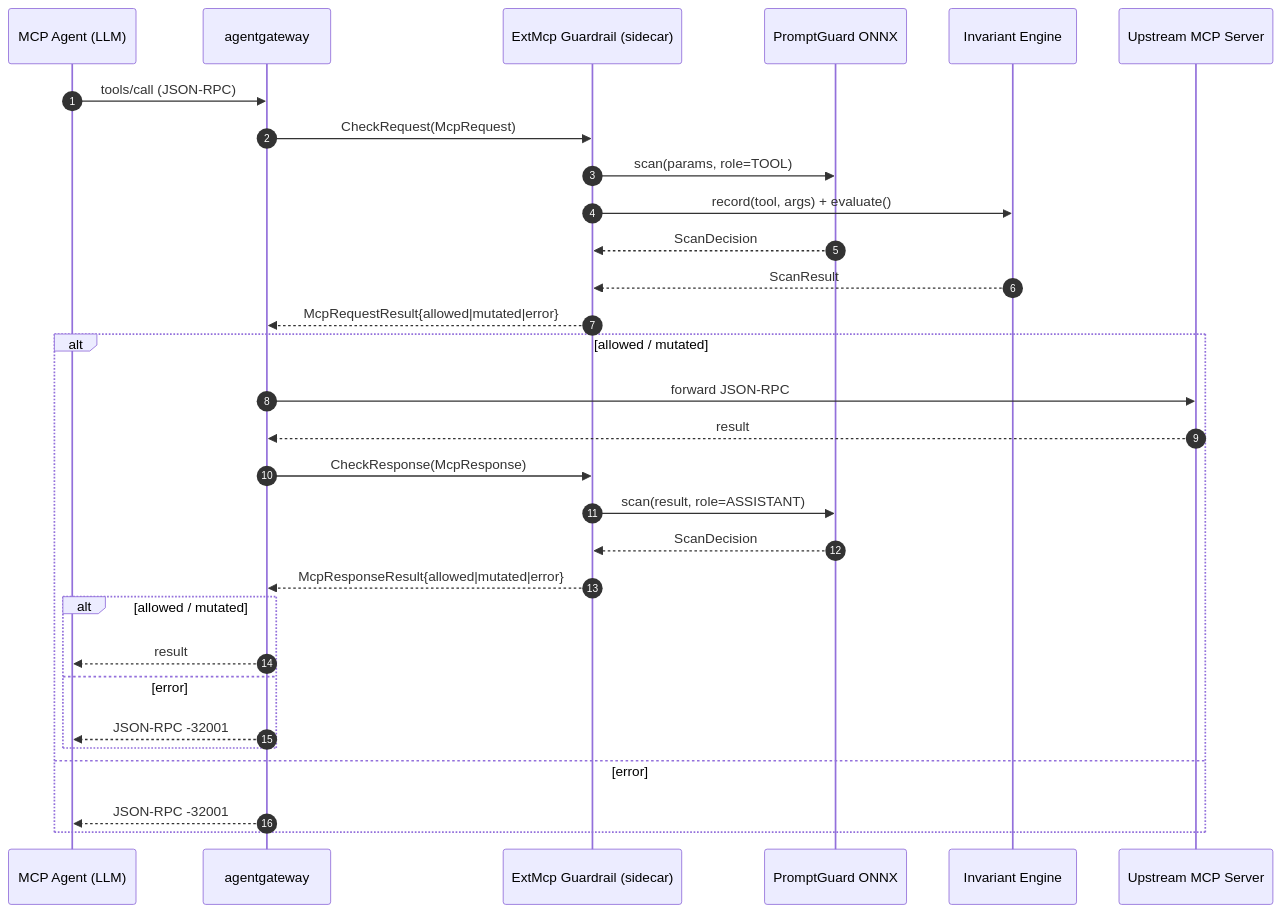
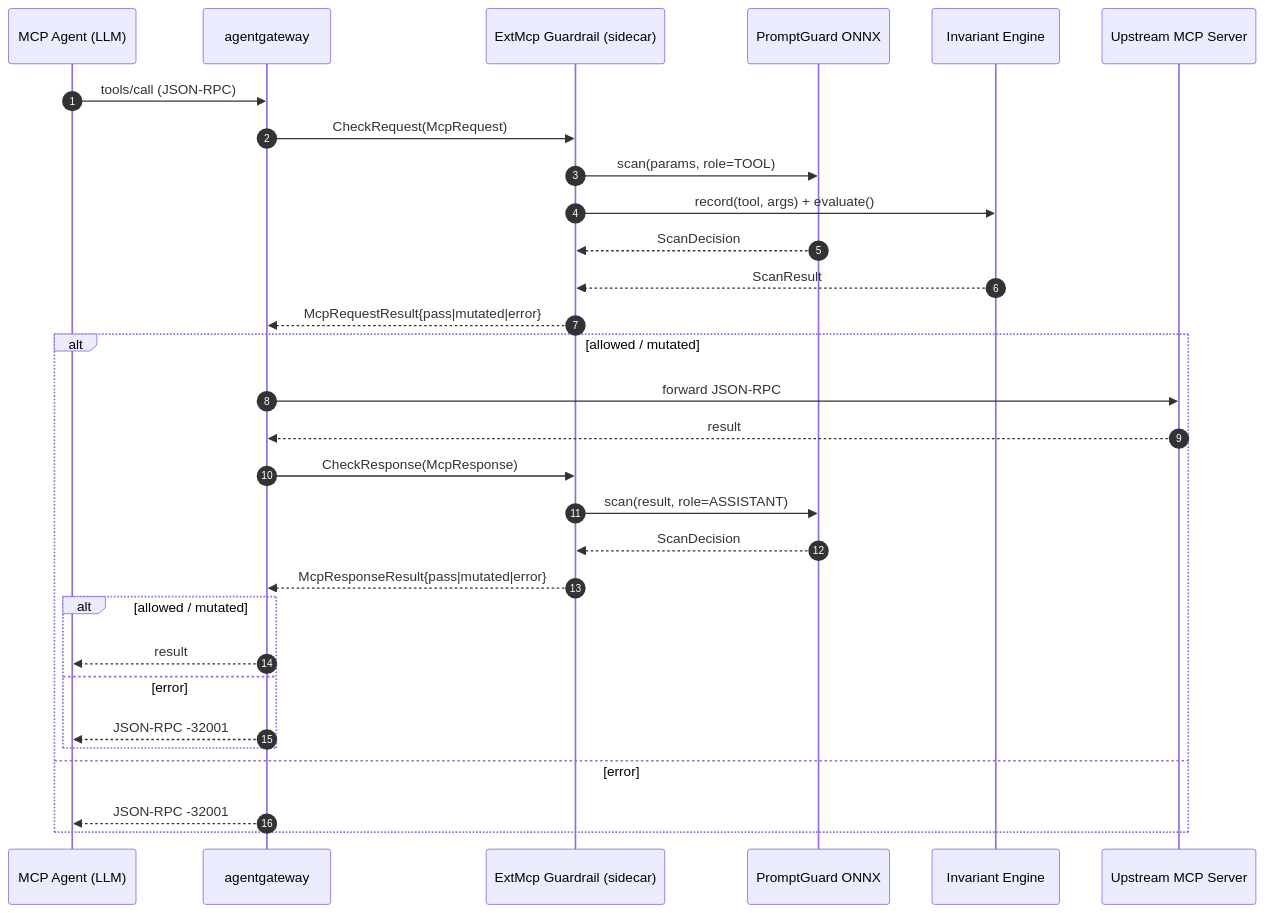
The first of 2 diagrams in README.md (soulwhisper/mcp-guardrails), drawn with Mermaid before and after one commit. The commit also changed other lines of this file and 13 other files, not shown here.

````diff
--- a/README.md
+++ b/README.md
@@ -36,33 +36,33 @@
 ```mermaid
 sequenceDiagram
     autonumber
     participant Agent as MCP Agent (LLM)
     participant GW as agentgateway
     participant Sidecar as ExtMcp Guardrail (sidecar)
     participant PG as PromptGuard ONNX
     participant INV as Invariant Engine
     participant MCP as Upstream MCP Server
 
     Agent->>GW: tools/call (JSON-RPC)
     GW->>Sidecar: CheckRequest(McpRequest)
     Sidecar->>PG: scan(params, role=TOOL)
     Sidecar->>INV: record(tool, args) + evaluate()
     PG-->>Sidecar: ScanDecision
     INV-->>Sidecar: ScanResult
-    Sidecar-->>GW: McpRequestResult{allowed|mutated|error}
+    Sidecar-->>GW: McpRequestResult{pass|mutated|error}
     alt allowed / mutated
         GW->>MCP: forward JSON-RPC
         MCP-->>GW: result
         GW->>Sidecar: CheckResponse(McpResponse)
         Sidecar->>PG: scan(result, role=ASSISTANT)
         PG-->>Sidecar: ScanDecision
-        Sidecar-->>GW: McpResponseResult{allowed|mutated|error}
+        Sidecar-->>GW: McpResponseResult{pass|mutated|error}
         alt allowed / mutated
             GW-->>Agent: result
         else error
             GW-->>Agent: JSON-RPC -32001
         end
     else error
         GW-->>Agent: JSON-RPC -32001
     end
 ```
````
